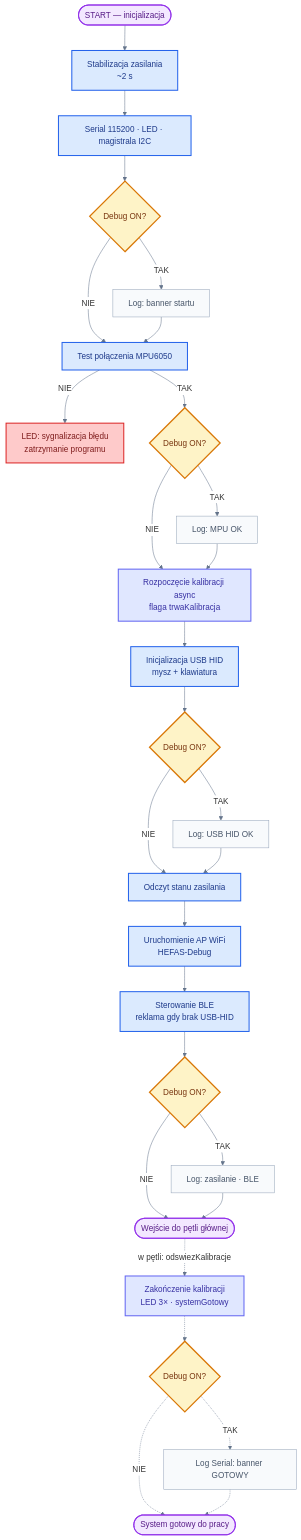
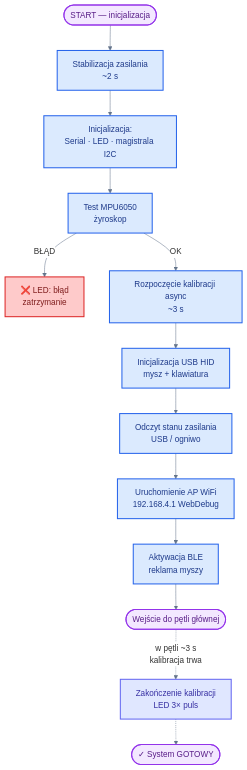
One commit to bartkadres-ai/HEFAS-4.0 changed the second of 10 diagrams in README.md. Above: the diagram before and after it, drawn with Mermaid. The commit also changed other lines of this file, not shown here.

Commit message:
porawa diagramu 2

````diff
--- a/README.md
+++ b/README.md
@@ -332,45 +332,26 @@
 ```mermaid
 %%{init: { 'theme': 'default', 'themeVariables': { 'darkMode': false, 'background': '#ffffff', 'mainBkg': '#ffffff', 'primaryColor': '#ffffff', 'secondaryColor': '#ffffff', 'tertiaryColor': '#ffffff', 'primaryTextColor': '#1e293b', 'secondaryTextColor': '#334155', 'lineColor': '#64748b', 'primaryBorderColor': '#94a3b8', 'clusterBkg': '#f1f5f9', 'clusterBorder': '#94a3b8', 'edgeLabelBackground': '#ffffff', 'noteBkgColor': '#f8fafc', 'noteTextColor': '#475569', 'fontFamily': 'arial' }}}%%
 flowchart TD
     S([START — inicjalizacja]) --> STAB["Stabilizacja zasilania<br/>~2 s"]
-    STAB --> HW["Serial 115200 · LED · magistrala I2C"]
-    HW --> DBG0{Debug ON?}
-    DBG0 -->|TAK| LOG0["Log: banner startu"]
-    DBG0 -->|NIE| I2C
-    LOG0 --> I2C[Test połączenia MPU6050]
-    I2C -->|NIE| BLINK["LED: sygnalizacja błędu<br/>zatrzymanie programu"]
-    I2C -->|TAK| DBG1{Debug ON?}
-    DBG1 -->|TAK| LOG1["Log: MPU OK"]
-    DBG1 -->|NIE| KAL0
-    LOG1 --> KAL0["Rozpoczęcie kalibracji async<br/>flaga trwaKalibracja"]
-    KAL0 --> USB["Inicjalizacja USB HID<br/>mysz + klawiatura"]
-    USB --> DBG2{Debug ON?}
-    DBG2 -->|TAK| LOG2["Log: USB HID OK"]
-    DBG2 -->|NIE| ZAS0
-    LOG2 --> ZAS0[Odczyt stanu zasilania]
-    ZAS0 --> WD["Uruchomienie AP WiFi<br/>HEFAS-Debug"]
-    WD --> BLE0["Sterowanie BLE<br/>reklama gdy brak USB-HID"]
-    BLE0 --> DBG3{Debug ON?}
-    DBG3 -->|TAK| LOG3["Log: zasilanie · BLE"]
-    DBG3 -->|NIE| E
-    LOG3 --> E([Wejście do pętli głównej])
+    STAB --> HW["Inicjalizacja:<br/>Serial · LED · magistrala I2C"]
+    HW --> I2C["Test MPU6050<br/>żyroskop"]
+    I2C -->|BŁĄD| BLINK["❌ LED: błąd<br/>zatrzymanie"]
+    I2C -->|OK| KAL["Rozpoczęcie kalibracji async<br/>~3 s"]
+    KAL --> USB["Inicjalizacja USB HID<br/>mysz + klawiatura"]
+    USB --> ZAS["Odczyt stanu zasilania<br/>USB / ogniwo"]
+    ZAS --> WD["Uruchomienie AP WiFi<br/>192.168.4.1 WebDebug"]
+    WD --> BLE["Aktywacja BLE<br/>reklama myszy"]
+    BLE --> E([Wejście do pętli głównej])
 
-    E -.->|"w pętli: odswiezKalibracje"| KEND["Zakończenie kalibracji<br/>LED 3× · systemGotowy"]
-    KEND -.-> DBG4{Debug ON?}
-    DBG4 -.->|TAK| BAN["Log Serial: banner GOTOWY"]
-    DBG4 -.->|NIE| KON
-    BAN -.-> KON([System gotowy do pracy])
+    E -.->|"w pętli ~3 s<br/>kalibracja trwa"| KEND["Zakończenie kalibracji<br/>LED 3× puls"]
+    KEND -.-> KON([✓ System GOTOWY])
 
     classDef startEnd fill:#f3e8ff,stroke:#9333ea,stroke-width:2px,color:#581c87
     classDef process fill:#dbeafe,stroke:#2563eb,stroke-width:2px,color:#1e3a8a
     classDef bad fill:#fecaca,stroke:#dc2626,stroke-width:2px,color:#7f1d1d
     classDef setup fill:#e0e7ff,stroke:#6366f1,stroke-width:2px,color:#3730a3
-    classDef decision fill:#fef3c7,stroke:#d97706,stroke-width:2.5px,color:#78350f
-    classDef optional fill:#f8fafc,stroke:#94a3b8,stroke-width:1px,color:#475569
     class S,E,KON startEnd
-    class STAB,HW,I2C,USB,ZAS0,WD,BLE0 process
-    class KAL0,KEND setup
+    class STAB,HW,I2C,KAL,USB,ZAS,WD,BLE process
+    class KEND setup
     class BLINK bad
-    class DBG0,DBG1,DBG2,DBG3,DBG4 decision
-    class LOG0,LOG1,LOG2,LOG3,BAN optional
 ```
````
